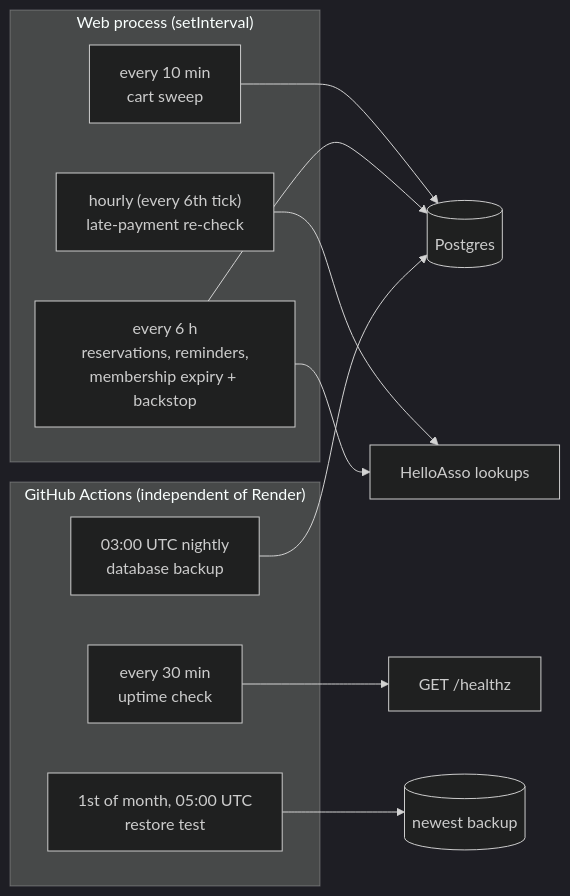
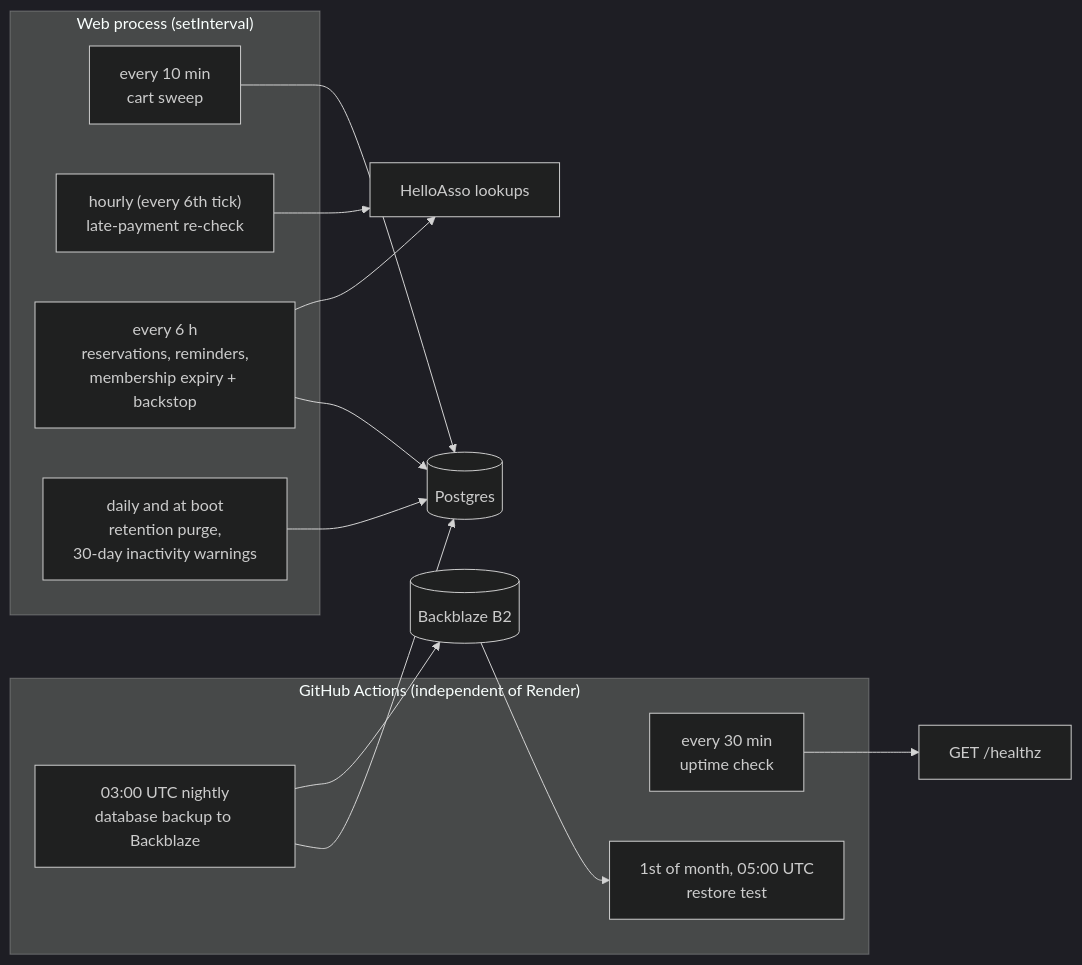
The eighth of 12 diagrams in docs/architecture.md (umasbooksadmin/umasbookswebsite), drawn with Mermaid (dark theme) before and after one commit. The commit also changed other lines of this file, not shown here.

First line of the commit message:
Bring docs/architecture.md up to date

````diff
--- a/docs/architecture.md
+++ b/docs/architecture.md
@@ -377,20 +436,23 @@
 ```mermaid
 flowchart LR
   subgraph proc["Web process (setInterval)"]
     A["every 10 min<br/>cart sweep"] 
     B["hourly (every 6th tick)<br/>late-payment re-check"]
     C["every 6 h<br/>reservations, reminders,<br/>membership expiry + backstop"]
+    P["daily and at boot<br/>retention purge,<br/>30-day inactivity warnings"]
   end
   subgraph gha["GitHub Actions (independent of Render)"]
     D["every 30 min<br/>uptime check"]
-    E["03:00 UTC nightly<br/>database backup"]
+    E["03:00 UTC nightly<br/>database backup to Backblaze"]
     F["1st of month, 05:00 UTC<br/>restore test"]
   end
   A --> DB[("Postgres")]
   B --> HA["HelloAsso lookups"]
   C --> DB
   C --> HA
   D --> W["GET /healthz"]
+  P --> DB
   E --> DB
-  F --> BK[("newest backup")]
+  E --> BK[("Backblaze B2")]
+  BK --> F
 ```
````
